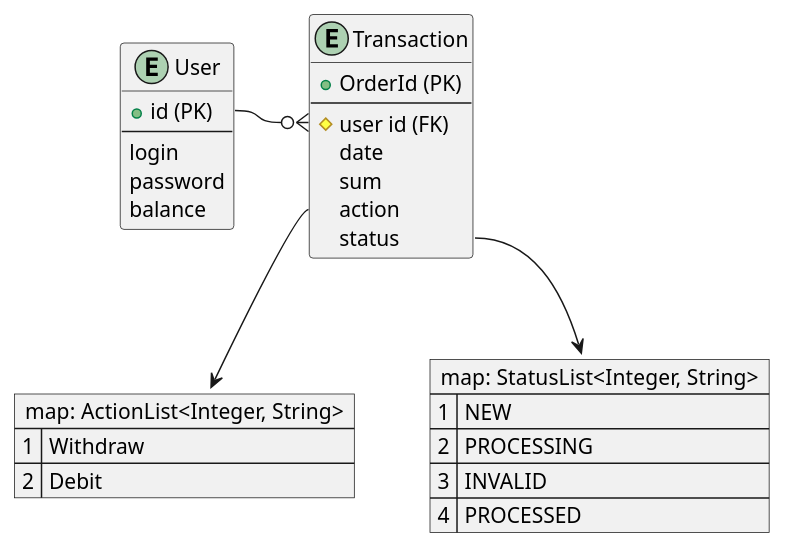
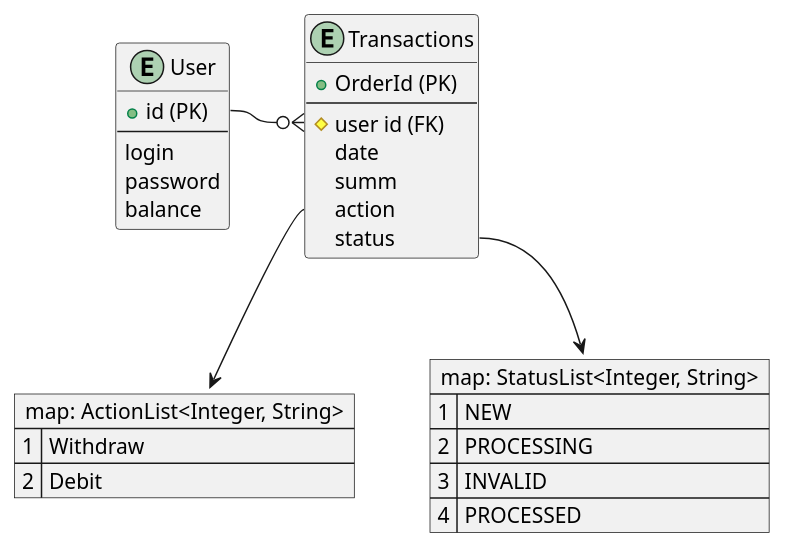
Before and after one commit to Arcadian-Sky/musthave-exam: the diagram in docs/diagrams/src/Object.wsd, drawn with PlantUML. The commit also changed 25 other files, not shown here.

```diff
--- a/docs/diagrams/src/Object.wsd
+++ b/docs/diagrams/src/Object.wsd
@@ -1,37 +1,37 @@
 @startuml "Отношения сущностей"
 
 entity User  {
   + id (PK)
   --
   login
   password
   balance
 }
 
-entity Transaction  {
+entity Transactions  {
   + OrderId (PK)
   --
   # user id (FK)
   date
-  sum
+  summ
   action
   status
 }
 
 map "map: ActionList<Integer, String>" as TransactionAction {
  1 => Withdraw
  2 => Debit
 }
 
 map "map: StatusList<Integer, String>" as TransactionStatus {
  1 => NEW
  2 => PROCESSING
  3 => INVALID
  4 => PROCESSED
 }
 
-User::id -right-o{ Transaction::user
-Transaction::action --> TransactionAction
-Transaction::status --> TransactionStatus
+User::id -right-o{ Transactions::user
+Transactions::action --> TransactionAction
+Transactions::status --> TransactionStatus
   
 @enduml
```
